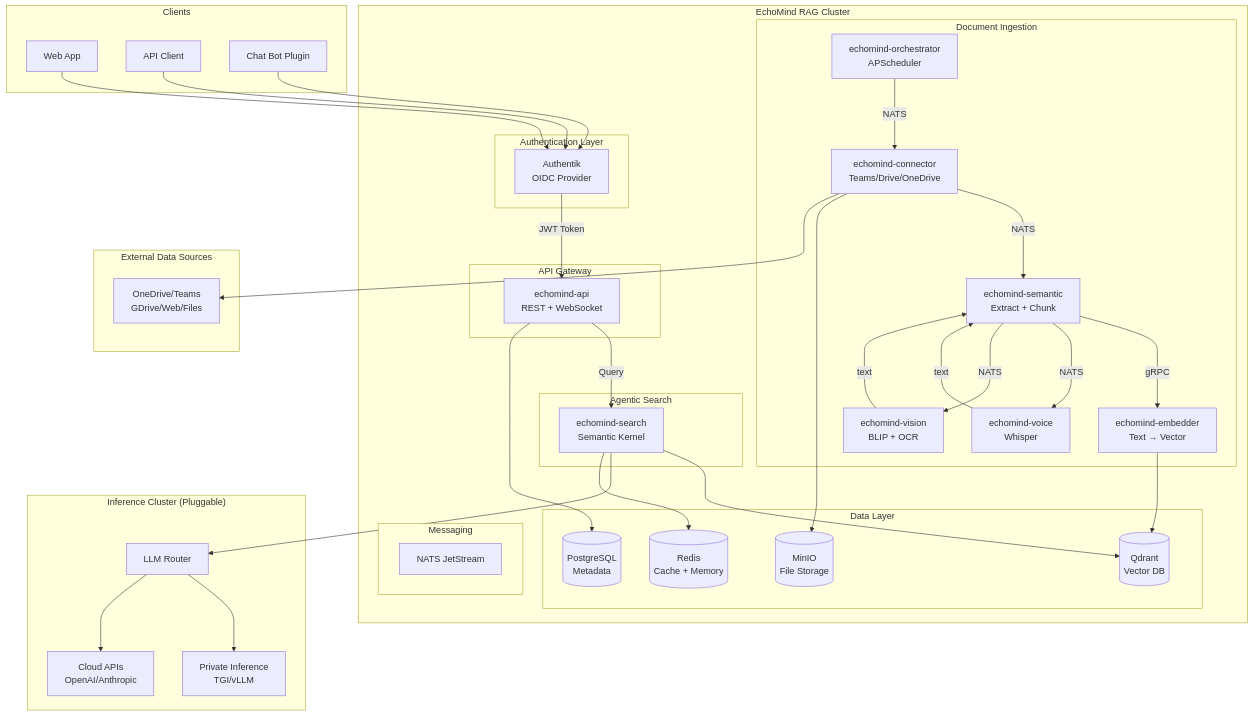
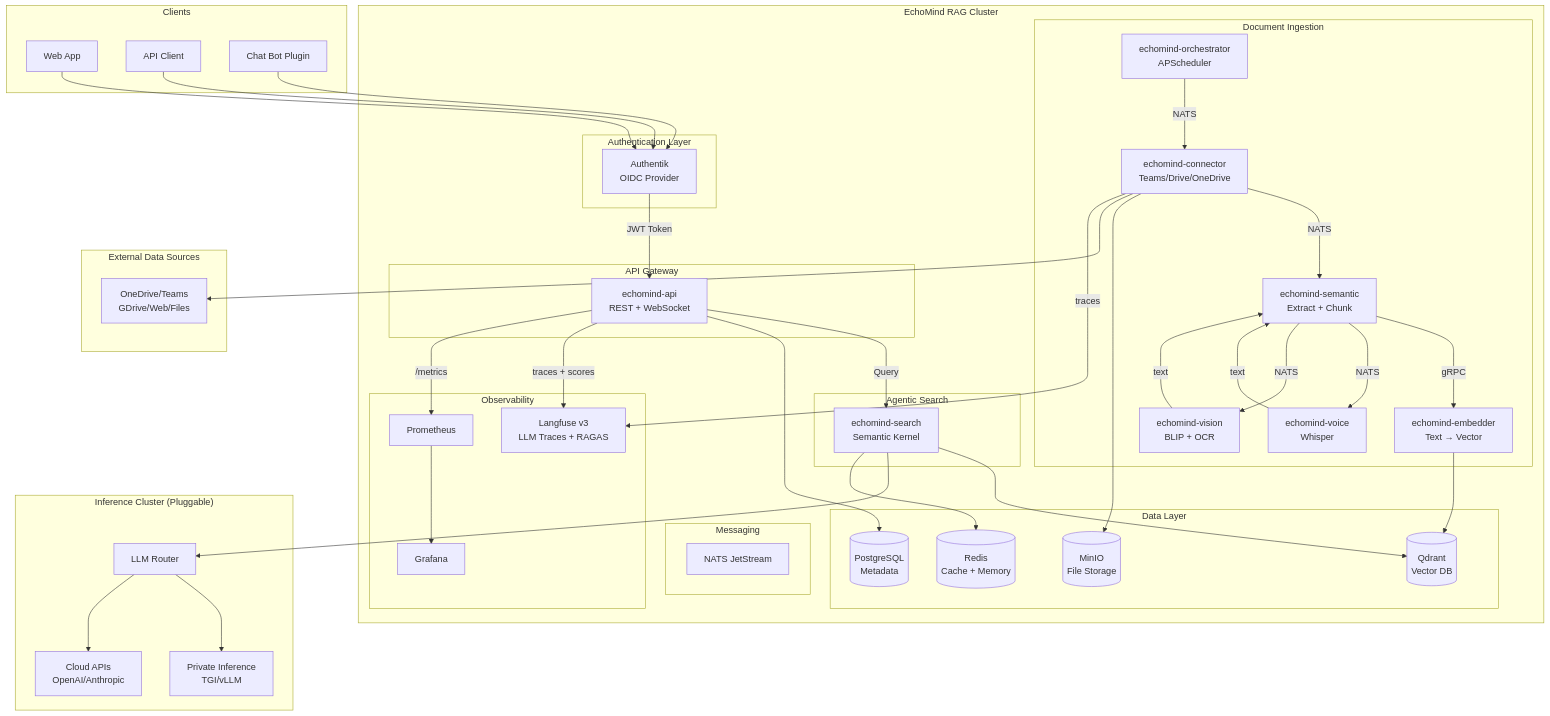
The first of 13 diagrams in docs/architecture.md (gen-mind/EchoMind), drawn with Mermaid before and after one commit. The commit also changed other lines of this file and 4 other files, not shown here.

````diff
--- a/docs/architecture.md
+++ b/docs/architecture.md
@@ -50,6 +50,12 @@
         subgraph Messaging
             NATS[NATS JetStream]
         end
+
+        subgraph Observability["Observability"]
+            LANGFUSE[Langfuse v3<br/>LLM Traces + RAGAS]
+            PROM[Prometheus]
+            GRAFANA[Grafana]
+        end
     end
 
     subgraph Inference["Inference Cluster (Pluggable)"]
@@ -84,4 +90,9 @@
 
     LLM_ROUTER --> PRIVATE_LLM
     LLM_ROUTER --> CLOUD_LLM
+
+    API -->|traces + scores| LANGFUSE
+    CONN -->|traces| LANGFUSE
+    API -->|/metrics| PROM
+    PROM --> GRAFANA
 ```
````
